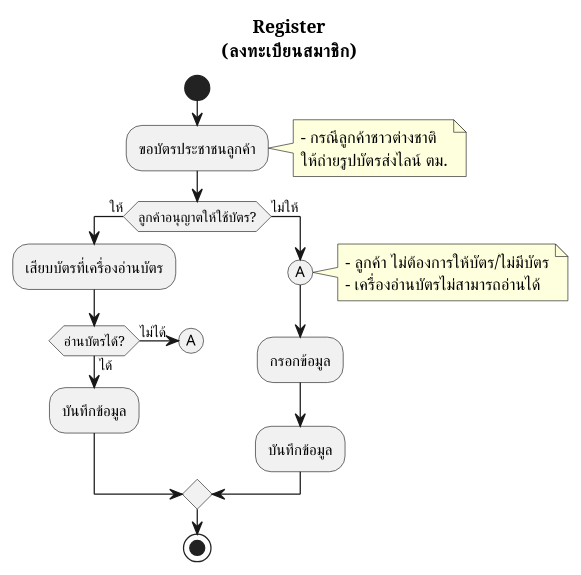
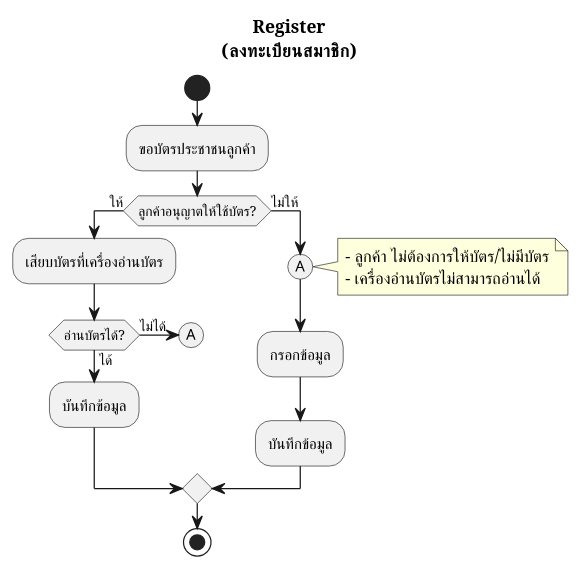
One commit to cheat13/Prompiman_Diagram changed the diagram in activity-diagram/Register/Register.md. Above: the diagram before and after it, drawn with PlantUML. The commit also changed 10 other files, not shown here.

```diff
--- a/activity-diagram/Register/Register.md
+++ b/activity-diagram/Register/Register.md
@@ -1,30 +1,26 @@
 @startuml
 title Register\n(ลงทะเบียนสมาชิก)
 start
 :ขอบัตรประชาชนลูกค้า;
-note right
-    - กรณีลูกค้าชาวต่างชาติ
-    ให้ถ่ายรูปบัตรส่งไลน์ ตม.
-endnote
 
 if (ลูกค้าอนุญาตให้ใช้บัตร?) then (ให้)
     :เสียบบัตรที่เครื่องอ่านบัตร;
 
     if (อ่านบัตรได้?) then (ไม่ได้)
         (A)
     else (ได้)
         :บันทึกข้อมูล;
     endif
 
 else (ไม่ให้)
     (A)
     note right
         - ลูกค้า ไม่ต้องการให้บัตร/ไม่มีบัตร
         - เครื่องอ่านบัตรไม่สามารถอ่านได้
     endnote
     :กรอกข้อมูล;
     :บันทึกข้อมูล;
 endif
 
 stop
 @enduml
```
